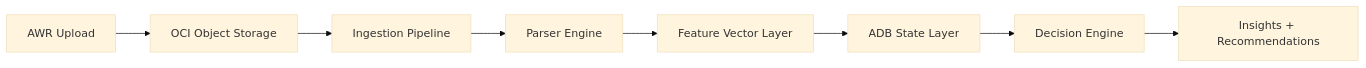
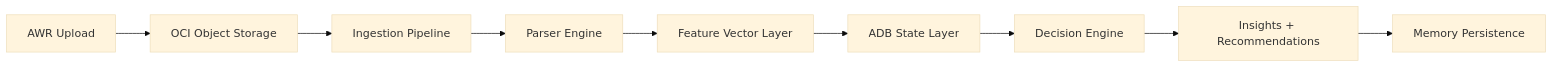
One commit to PeterR-ORCL/agentic-ai-awr-advisor changed the second of 4 diagrams in README.md. Above: the diagram before and after it, drawn with Mermaid (base theme). The commit also changed other lines of this file, not shown here.

Commit message:
README: update to tags and AWR Diagram

````diff
--- a/README.md
+++ b/README.md
@@ -165,10 +175,11 @@
 ```mermaid
 flowchart LR
     A[AWR Upload] --> B[OCI Object Storage]
     B --> C[Ingestion Pipeline]
     C --> D[Parser Engine]
     D --> E[Feature Vector Layer]
     E --> F[ADB State Layer]
     F --> G[Decision Engine]
     G --> H[Insights + Recommendations]
+    H --> I[Memory Persistence]
 ```
````
